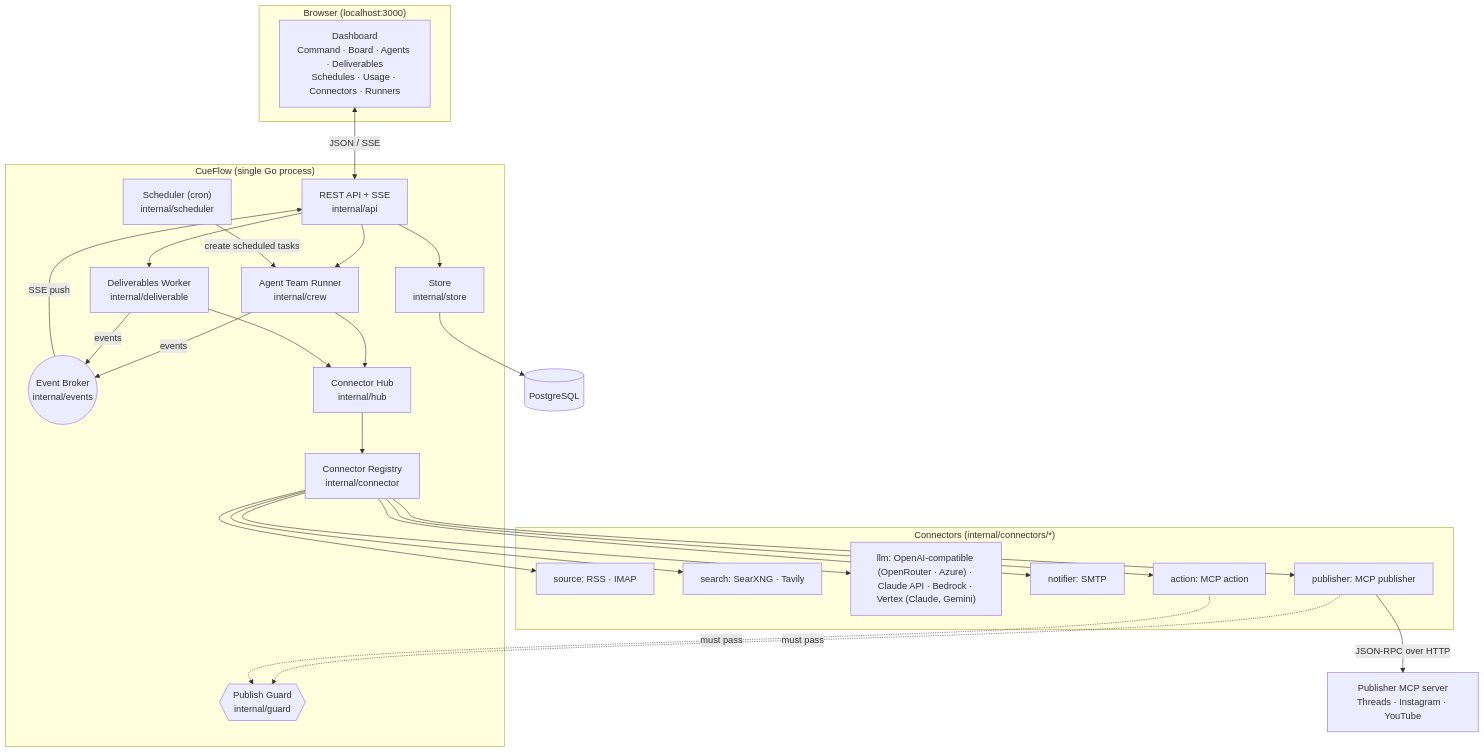
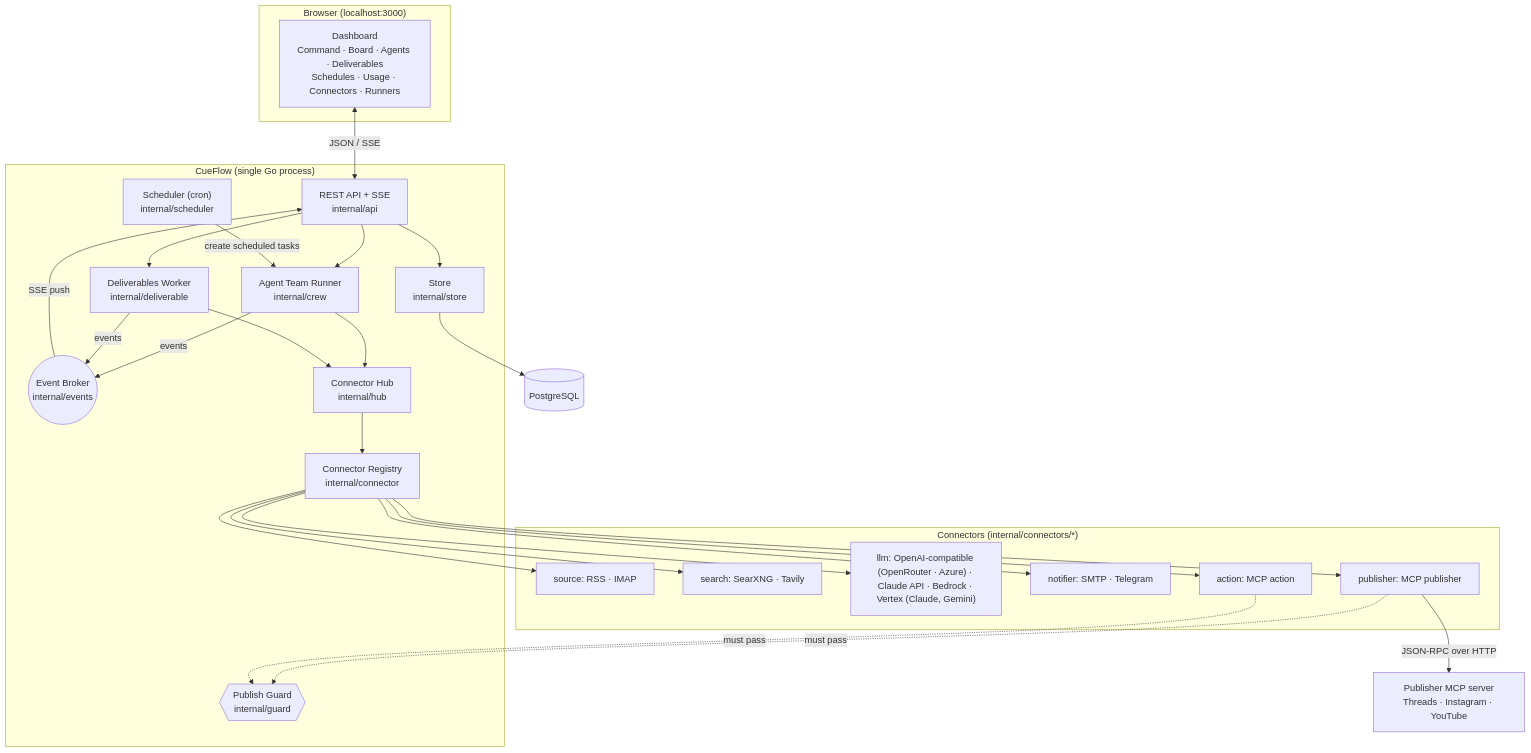
One commit to j75689/cueflow changed the first of 6 diagrams in docs/architecture.md. Above: the diagram before and after it, drawn with Mermaid. The commit also changed other lines of this file and 21 other files, not shown here.

First line of the commit message:
feat: alert an org's notifier (Telegram or email) when a task needs a human (#69)

````diff
--- a/docs/architecture.md
+++ b/docs/architecture.md
@@ -22,46 +22,46 @@
 ```mermaid
 flowchart TB
     subgraph Browser["Browser (localhost:3000)"]
         UI["Dashboard<br/>Command · Board · Agents · Deliverables<br/>Schedules · Usage · Connectors · Runners"]
     end
 
     subgraph Core["CueFlow (single Go process)"]
         API["REST API + SSE<br/>internal/api"]
         Broker(("Event Broker<br/>internal/events"))
         Sched["Scheduler (cron)<br/>internal/scheduler"]
         Crew["Agent Team Runner<br/>internal/crew"]
         Deliv["Deliverables Worker<br/>internal/deliverable"]
         Hub["Connector Hub<br/>internal/hub"]
         Reg["Connector Registry<br/>internal/connector"]
         Guard{{"Publish Guard<br/>internal/guard"}}
         Store["Store<br/>internal/store"]
     end
 
     DB[("PostgreSQL")]
 
     subgraph Plugins["Connectors (internal/connectors/*)"]
         Src["source: RSS · IMAP"]
         Search["search: SearXNG · Tavily"]
         LLM["llm: OpenAI-compatible (OpenRouter · Azure) · Claude API · Bedrock · Vertex (Claude, Gemini)"]
-        Notif["notifier: SMTP"]
+        Notif["notifier: SMTP · Telegram"]
         Pub["publisher: MCP publisher"]
         Act["action: MCP action"]
     end
 
     Publisher["Publisher MCP server<br/>Threads · Instagram · YouTube"]
 
     UI <-->|"JSON / SSE"| API
     API --> Store
     API --> Crew
     API --> Deliv
     Broker -->|"SSE push"| API
     Sched -->|"create scheduled tasks"| Crew
     Crew --> Hub
     Deliv --> Hub
     Hub --> Reg
     Reg --> Src & Search & LLM & Notif & Pub & Act
     Pub & Act -.->|"must pass"| Guard
     Pub -->|"JSON-RPC over HTTP"| Publisher
     Store --> DB
     Crew & Deliv -->|"events"| Broker
 ```
````
